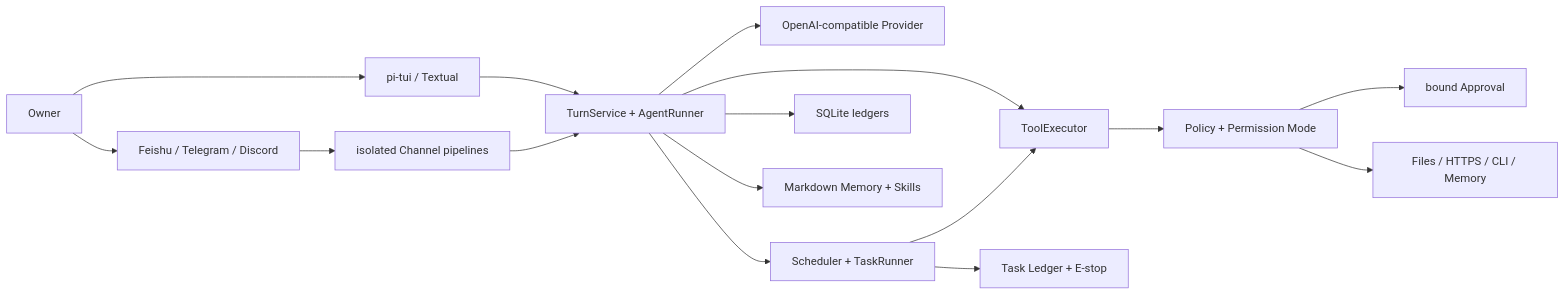
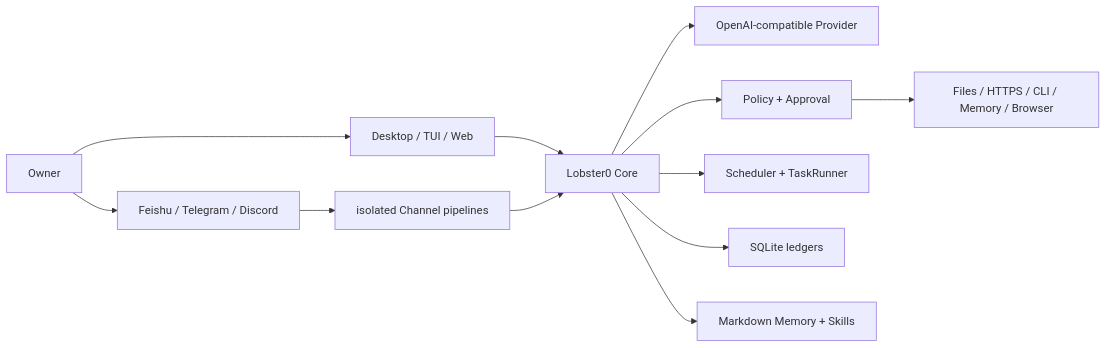
One commit to NEDONION/lobster0 changed the diagram in README.md. Above: the diagram before and after it, drawn with Mermaid. The commit also changed other lines of this file and 4 other files, not shown here.

Commit message:
docs(readme): 重拍四端截图并改写营销首页

````diff
--- a/README.md
+++ b/README.md
@@ -271,18 +220,14 @@
 ```mermaid
 flowchart LR
-    U["Owner"] --> TUI["pi-tui / Textual"]
+    U["Owner"] --> UI["Desktop / TUI / Web"]
     U --> IM["Feishu / Telegram / Discord"]
-    TUI --> CORE["TurnService + AgentRunner"]
+    UI --> CORE["Lobster0 Core"]
     IM --> PIPE["isolated Channel pipelines"]
     PIPE --> CORE
     CORE --> PROVIDER["OpenAI-compatible Provider"]
-    CORE --> EXEC["ToolExecutor"]
-    EXEC --> POLICY["Policy + Permission Mode"]
-    POLICY --> APPROVAL["bound Approval"]
-    POLICY --> TOOLS["Files / HTTPS / CLI / Memory"]
-    CORE --> SCHED["Scheduler + TaskRunner"]
-    SCHED --> LEDGER["Task Ledger + E-stop"]
-    SCHED --> EXEC
+    CORE --> POLICY["Policy + Approval"]
+    POLICY --> TOOLS["Files / HTTPS / CLI / Memory / Browser"]
+    CORE --> AUTO["Scheduler + TaskRunner"]
     CORE --> DB["SQLite ledgers"]
     CORE --> MD["Markdown Memory + Skills"]
 ```
````
